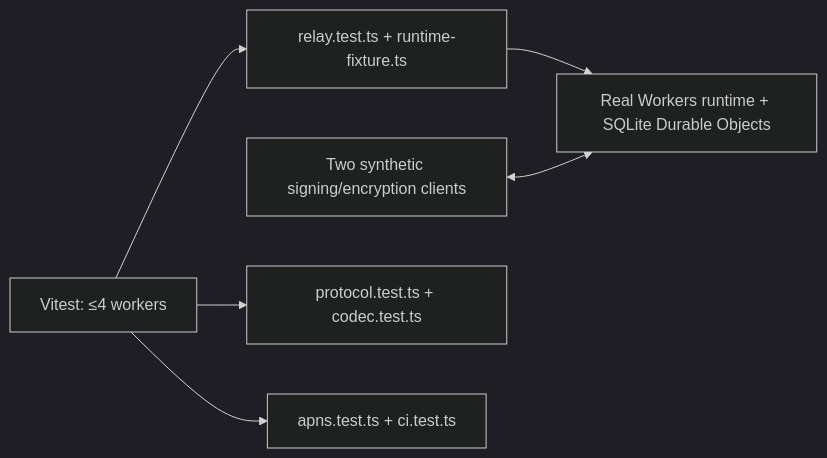
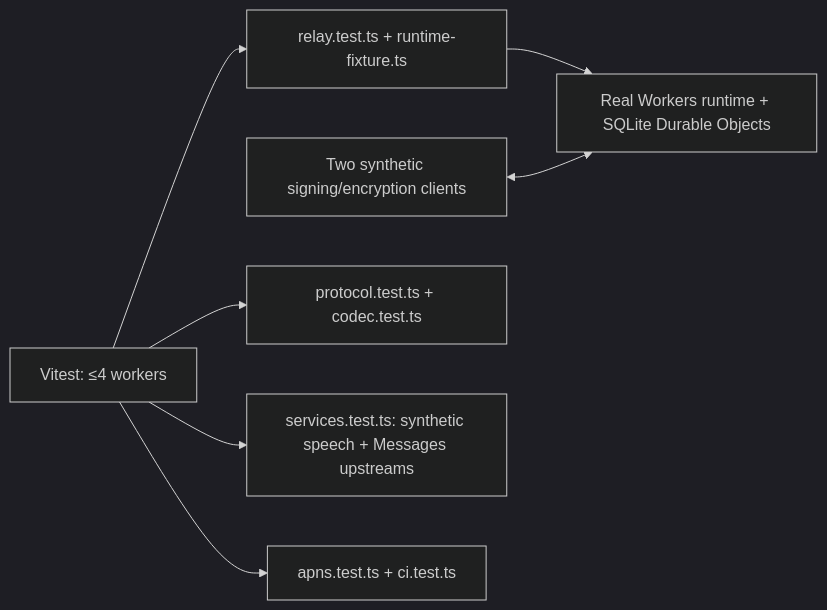
The diagram in SW/relay/test/README.md (Harwasch/voiceremote), drawn with Mermaid (dark theme) before and after one commit. The commit also changed other lines of this file and 14 other files, not shown here.

Commit message:
SW: relay proxy for cloud speech and Claude

````diff
--- a/SW/relay/test/README.md
+++ b/SW/relay/test/README.md
@@ -1,8 +1,9 @@
 ```mermaid
 flowchart LR
   Vitest[Vitest: ≤4 workers] --> Runtime[relay.test.ts + runtime-fixture.ts]
   Runtime --> Miniflare[Real Workers runtime + SQLite Durable Objects]
   Clients[Two synthetic signing/encryption clients] <--> Miniflare
   Vitest --> Contract[protocol.test.ts + codec.test.ts]
+  Vitest --> Cloud[services.test.ts: synthetic speech + Messages upstreams]
   Vitest --> Guards[apns.test.ts + ci.test.ts]
 ```
````
